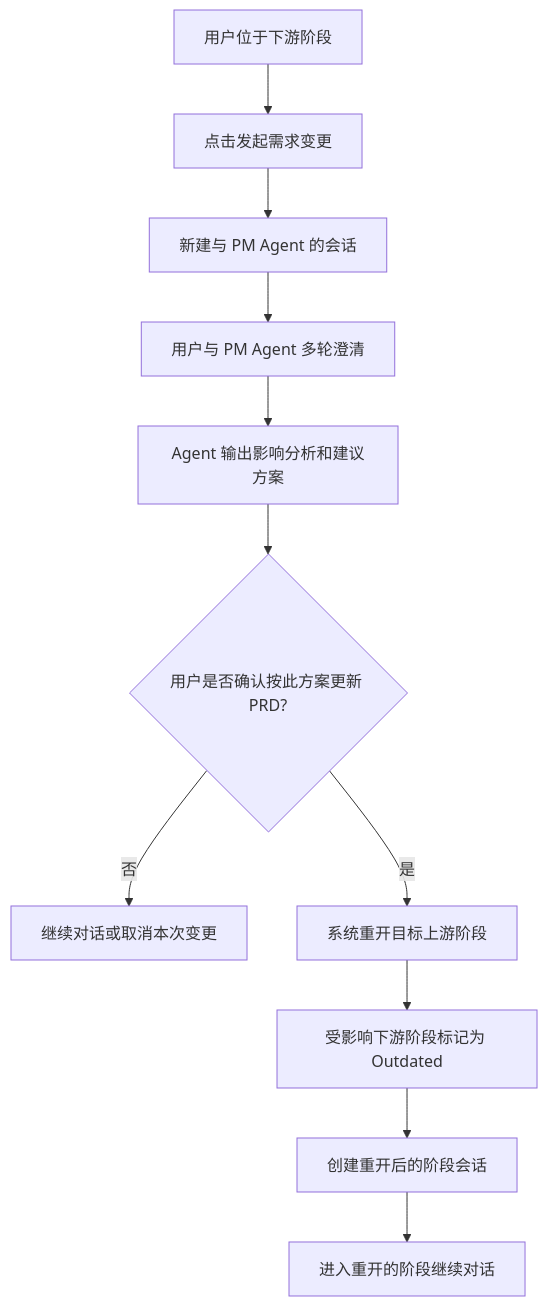
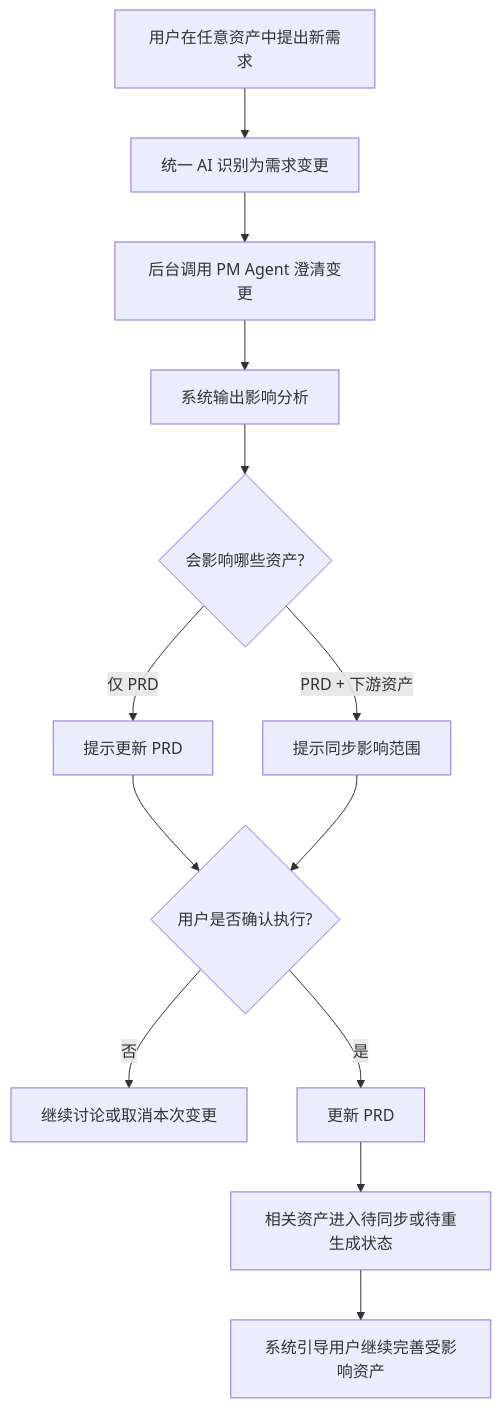
One commit to Jacobgxd/57Block_MVP_Builder changed the eighth of 9 diagrams in .blueprint/PRD_V1.md. Above: the diagram before and after it, drawn with Mermaid. The commit also changed other lines of this file and 11 other files, not shown here.

````diff
--- a/.blueprint/PRD_V1.md
+++ b/.blueprint/PRD_V1.md
@@ -789,13 +855,15 @@
 ```mermaid
 flowchart TD
-    A[用户位于下游阶段] --> B[点击发起需求变更]
-    B --> C[新建与 PM Agent 的会话]
-    C --> D[用户与 PM Agent 多轮澄清]
-    D --> E[Agent 输出影响分析和建议方案]
-    E --> F{用户是否确认按此方案更新 PRD?}
-    F -->|否| G[继续对话或取消本次变更]
-    F -->|是| H[系统重开目标上游阶段]
-    H --> I[受影响下游阶段标记为 Outdated]
-    I --> J[创建重开后的阶段会话]
-    J --> K[进入重开的阶段继续对话]
+    A[用户在任意资产中提出新需求] --> B[统一 AI 识别为需求变更]
+    B --> C[后台调用 PM Agent 澄清变更]
+    C --> D[系统输出影响分析]
+    D --> E{会影响哪些资产?}
+    E -->|仅 PRD| F[提示更新 PRD]
+    E -->|PRD + 下游资产| G[提示同步影响范围]
+    F --> H{用户是否确认执行?}
+    G --> H
+    H -->|否| I[继续讨论或取消本次变更]
+    H -->|是| J[更新 PRD]
+    J --> K[相关资产进入待同步或待重生成状态]
+    K --> L[系统引导用户继续完善受影响资产]
 ```
````
